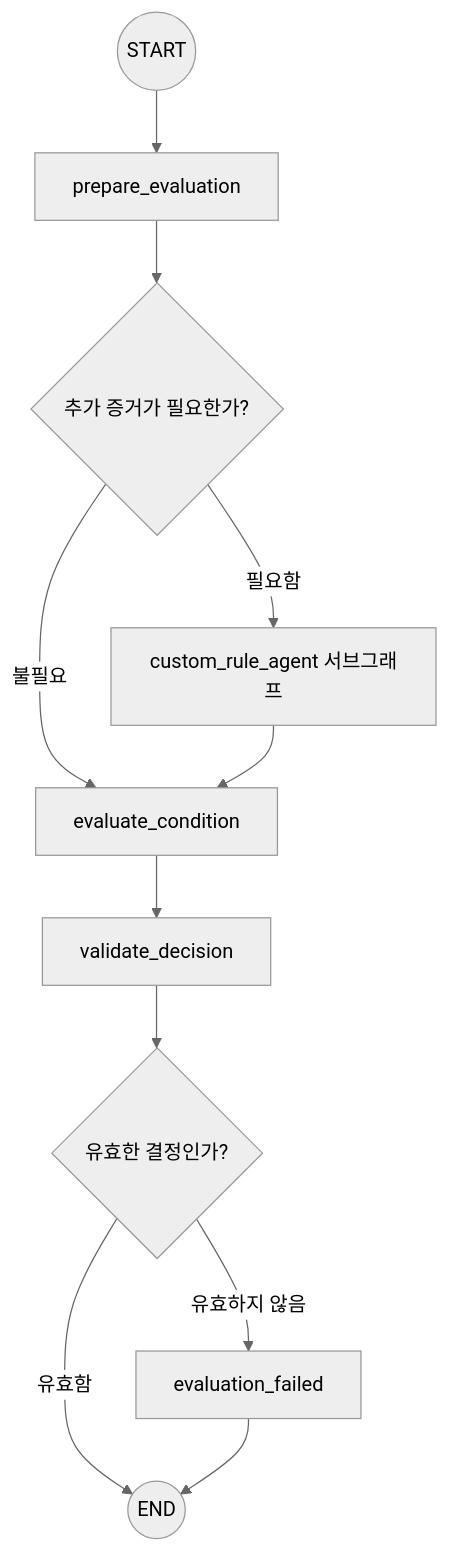
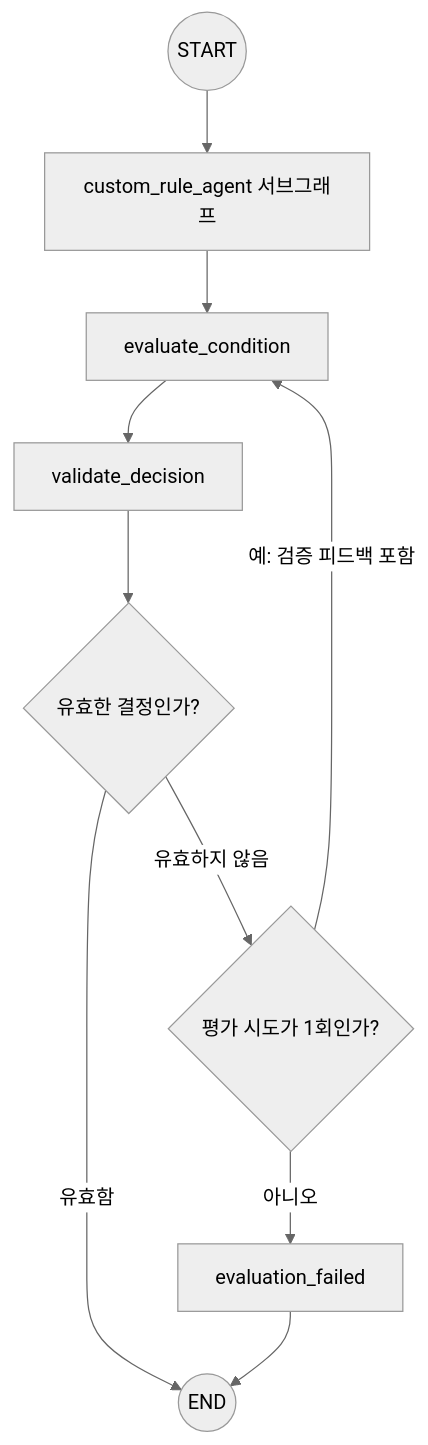
Before and after one commit to PhilPark-geosr/stock-agent: the seventh of 8 diagrams in design/user_alert_evaluation_delivery_design.md, drawn with Mermaid (neutral theme). The commit also changed other lines of this file and 15 other files, not shown here.

````diff
--- a/design/user_alert_evaluation_delivery_design.md
+++ b/design/user_alert_evaluation_delivery_design.md
@@ -620,23 +741,21 @@
 ```mermaid
 flowchart TD
     Start((START))
-    Prepare[prepare_evaluation]
-    NeedContext{추가 증거가 필요한가?}
     CustomRule[custom_rule_agent 서브그래프]
     Evaluate[evaluate_condition]
     Validate[validate_decision]
     Valid{유효한 결정인가?}
+    Retry{평가 시도가 1회인가?}
     Failed[evaluation_failed]
     End((END))
 
-    Start --> Prepare
-    Prepare --> NeedContext
-    NeedContext -->|필요함| CustomRule
-    NeedContext -->|불필요| Evaluate
+    Start --> CustomRule
     CustomRule --> Evaluate
     Evaluate --> Validate
     Validate --> Valid
     Valid -->|유효함| End
-    Valid -->|유효하지 않음| Failed
+    Valid -->|유효하지 않음| Retry
+    Retry -->|예: 검증 피드백 포함| Evaluate
+    Retry -->|아니오| Failed
     Failed --> End
 ```
````
